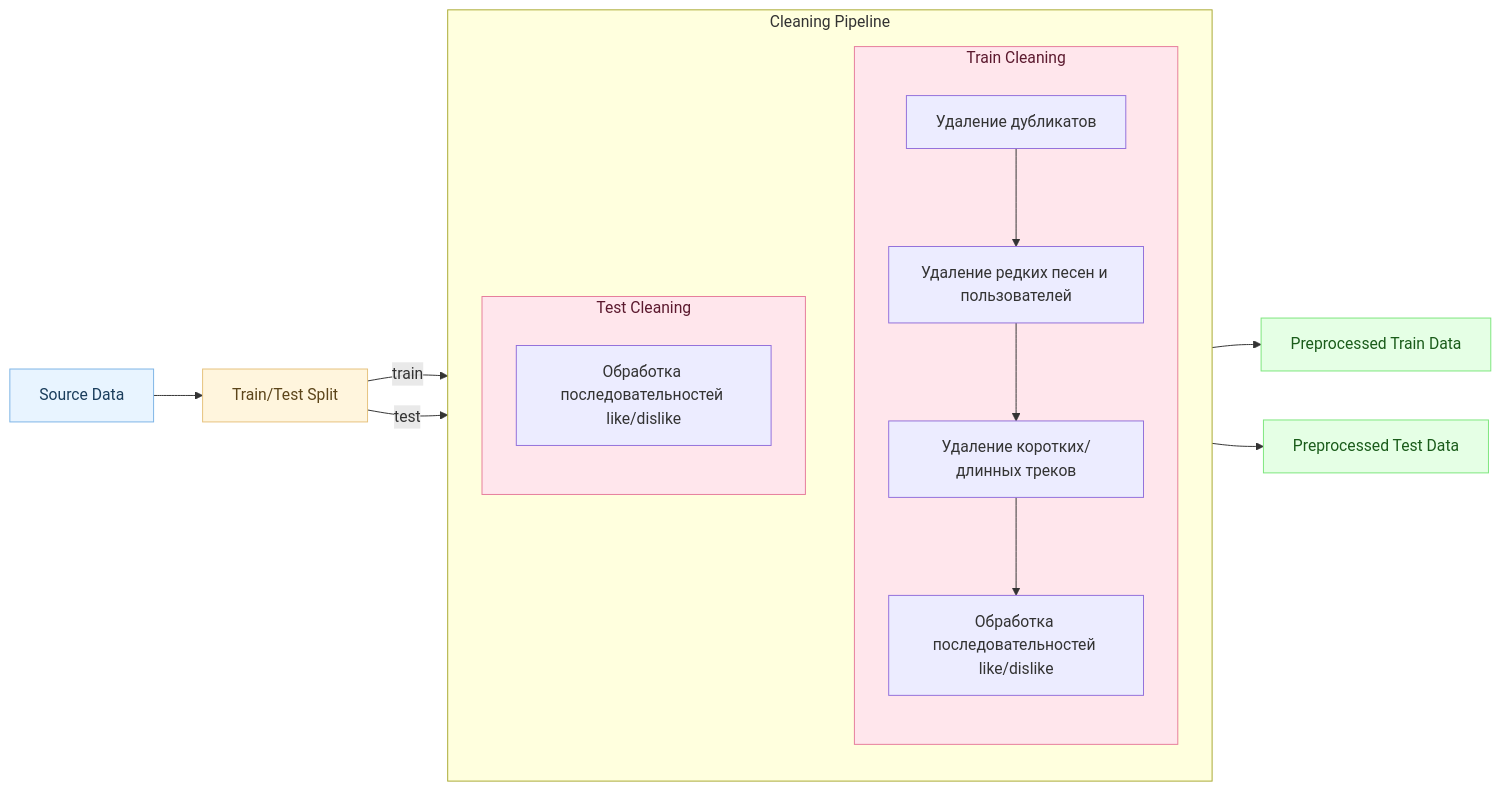
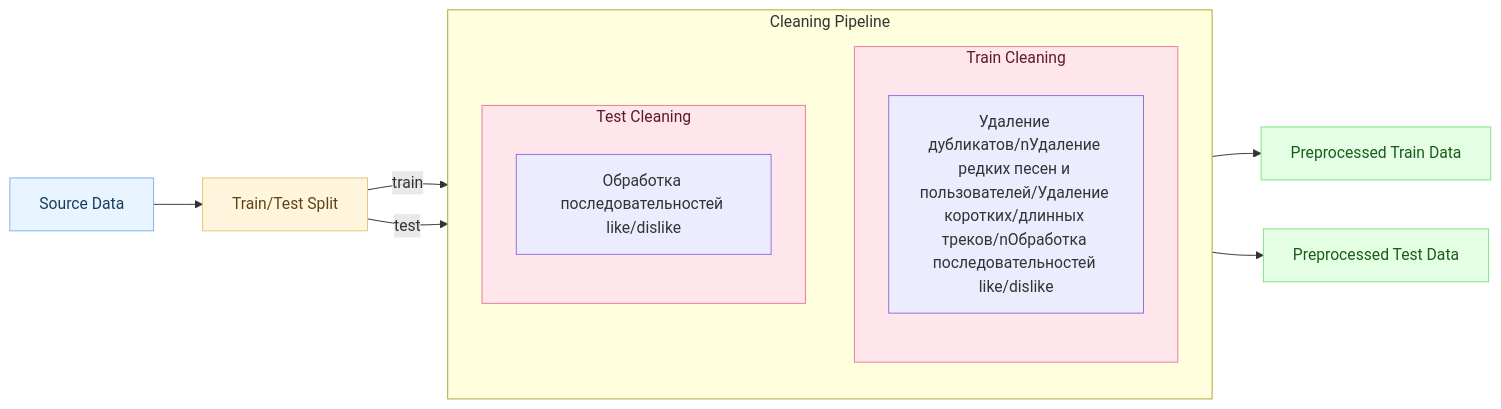
The first of 2 diagrams in README.md (Nastasy822/music-recommendation-experiments), drawn with Mermaid before and after one commit.

Commit message:
docs: add diagram of preprocessing

````diff
--- a/README.md
+++ b/README.md
@@ -138,53 +138,50 @@
 ```mermaid
 flowchart LR
 
     %% === Исходные данные ===
     SRC["Source Data"]
 
     %% === Train/Test Split ===
     SPLIT["Train/Test Split"]
 
     %% === Cleaning блок ===
     subgraph CLEANING["Cleaning Pipeline"]
         direction TB
 
         %% === Train Cleaning ===
         subgraph TRAIN_CLN["Train Cleaning"]
             direction TB
-            N1["Удаление дубликатов"]
-            N2["Удаление редких песен и пользователей"]
-            N3["Удаление коротких/длинных треков"]
-            N4["Обработка последовательностей like/dislike"]
-            N1 --> N2 --> N3 --> N4
+            N1["Удаление дубликатов/nУдаление редких песен и пользователей/Удаление коротких/длинных треков/nОбработка последовательностей like/dislike"]
+
         end
 
         %% === Test Cleaning ===
         subgraph TEST_CLN["Test Cleaning"]
             direction TB
             T1["Обработка последовательностей like/dislike"]
         end
     end
 
     PRE_TRAIN["Preprocessed Train Data"]
     PRE_TEST["Preprocessed Test Data"]
 
     %% === Потоки ===
     SRC --> SPLIT
     SPLIT -->|train| N1
     SPLIT -->|test| T1
 
-    N4 --> PRE_TRAIN
+    N1 --> PRE_TRAIN
     T1 --> PRE_TEST
 
     %% === Стили ===
     classDef source fill:#e8f4ff,stroke:#7db4e6,color:#1a3d5c;
     classDef split fill:#fff5dd,stroke:#e6c27d,color:#5c451a;
     classDef clean fill:#ffe6ec,stroke:#e67d9c,color:#5c1a2f;
     classDef result fill:#e5ffe5,stroke:#7de67d,color:#1a5c1a;
 
     class SRC source;
     class SPLIT split;
     class TRAIN_CLN,TEST_CLN clean;
     class PRE_TRAIN,PRE_TEST result;
 
 ```
````
